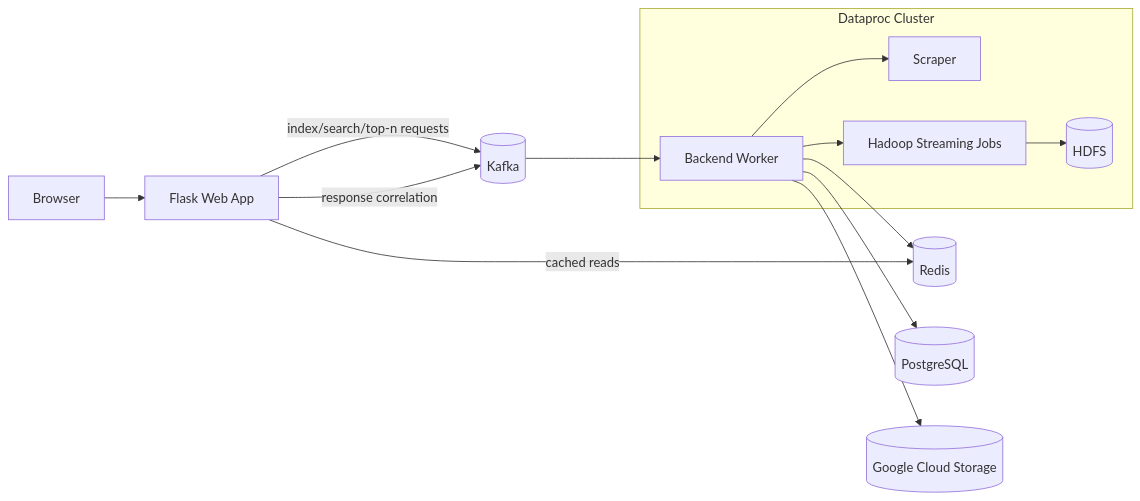
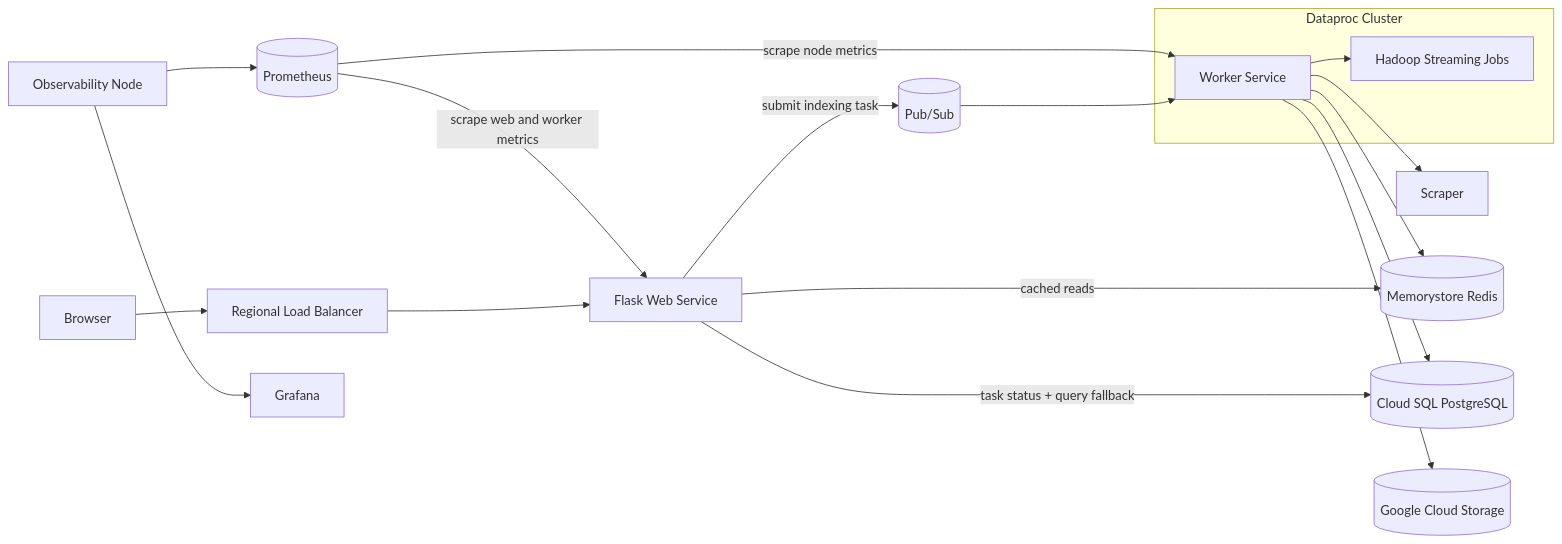
The diagram in README.md (Davidlasky/ScholarMiner), drawn with Mermaid before and after one commit. The commit also changed other lines of this file and 6 other files, not shown here.

Commit message:
refactor: transition from Kafka to Google Pub/Sub for task submission, enhance observability with Prometheus and Grafana, and update infrastructure components in README and Dockerfile

````diff
--- a/README.md
+++ b/README.md
@@ -30,20 +34,24 @@
 ```mermaid
 flowchart LR
-    U[Browser] --> F[Flask Web App]
+    U[Browser] --> LB[Regional Load Balancer]
+    LB --> W[Flask Web Service]
 
-    F -->|index/search/top-n requests| K[(Kafka)]
-    K --> B[Backend Worker]
+    W -->|submit indexing task| Q[(Pub/Sub)]
+    Q --> B[Worker Service]
 
     subgraph DP[Dataproc Cluster]
-        B --> S[Scraper]
         B --> H[Hadoop Streaming Jobs]
-        H --> X[(HDFS)]
     end
 
-    B --> R[(Redis)]
-    B --> P[(PostgreSQL)]
+    B --> S[Scraper]
+    B --> R[(Memorystore Redis)]
+    B --> P[(Cloud SQL PostgreSQL)]
     B --> G[(Google Cloud Storage)]
+    O[Observability Node] --> M[(Prometheus)]
+    O --> D[Grafana]
 
-    F -->|cached reads| R
-    F -->|response correlation| K
+    W -->|task status + query fallback| P
+    W -->|cached reads| R
+    M -->|scrape web and worker metrics| W
+    M -->|scrape node metrics| B
 ```
````
